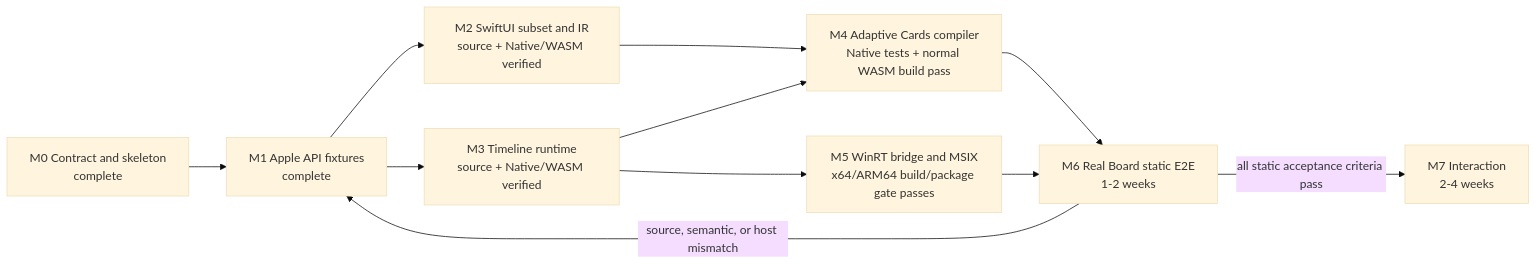
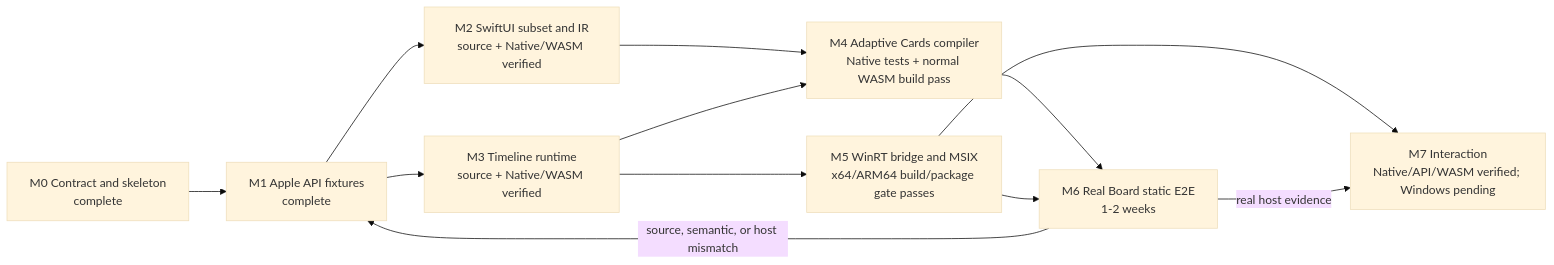
Before and after one commit to 1amageek/OpenWidgetKit: the diagram in IMPLEMENTATION_PROGRESS.md, drawn with Mermaid (base theme). The commit also changed other lines of this file and 75 other files, not shown here.

````diff
--- a/IMPLEMENTATION_PROGRESS.md
+++ b/IMPLEMENTATION_PROGRESS.md
@@ -72,22 +89,23 @@
 ```mermaid
 flowchart LR
     M0["M0 Contract and skeleton<br/>complete"]
     M1["M1 Apple API fixtures<br/>complete"]
     M2["M2 SwiftUI subset and IR<br/>source + Native/WASM verified"]
     M3["M3 Timeline runtime<br/>source + Native/WASM verified"]
     M4["M4 Adaptive Cards compiler<br/>Native tests + normal WASM build pass"]
     M5["M5 WinRT bridge and MSIX<br/>x64/ARM64 build/package gate passes"]
     M6["M6 Real Board static E2E<br/>1-2 weeks"]
-    M7["M7 Interaction<br/>2-4 weeks"]
+    M7["M7 Interaction<br/>Native/API/WASM verified; Windows pending"]
 
     M0 --> M1
     M1 --> M2
     M1 --> M3
     M2 --> M4
     M3 --> M4
     M3 --> M5
     M4 --> M6
     M5 --> M6
     M6 -->|source, semantic, or host mismatch| M1
-    M6 -->|all static acceptance criteria pass| M7
+    M5 --> M7
+    M6 -->|real host evidence| M7
 ```
````
